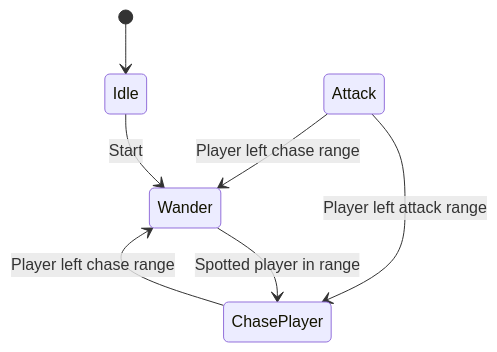
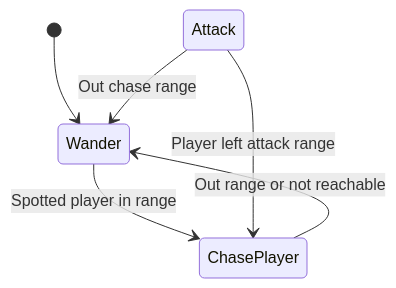
The fifth of 5 diagrams in README.md (AheadAlot/CISC-486-Group-14-Project), drawn with Mermaid before and after one commit. The commit also changed other lines of this file, not shown here.

````diff
--- a/README.md
+++ b/README.md
@@ -199,9 +199,8 @@
 ```mermaid
 stateDiagram-v2
-    [*] --> Idle
-    Idle --> Wander : Start
+    [*] --> Wander
     Wander --> ChasePlayer : Spotted player in range
     Attack --> ChasePlayer : Player left attack range
-    Attack --> Wander : Player left chase range
-    ChasePlayer --> Wander : Player left chase range
+    Attack --> Wander : Out chase range
+    ChasePlayer --> Wander : Out range or not reachable
 ```
````
